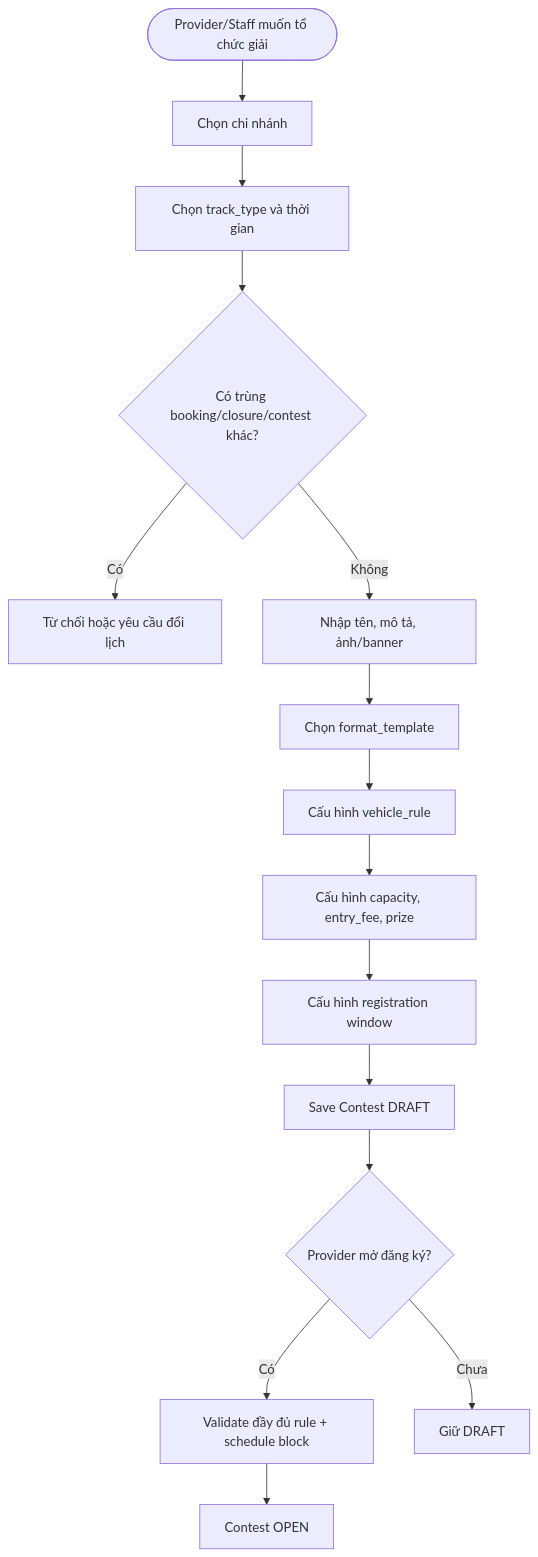
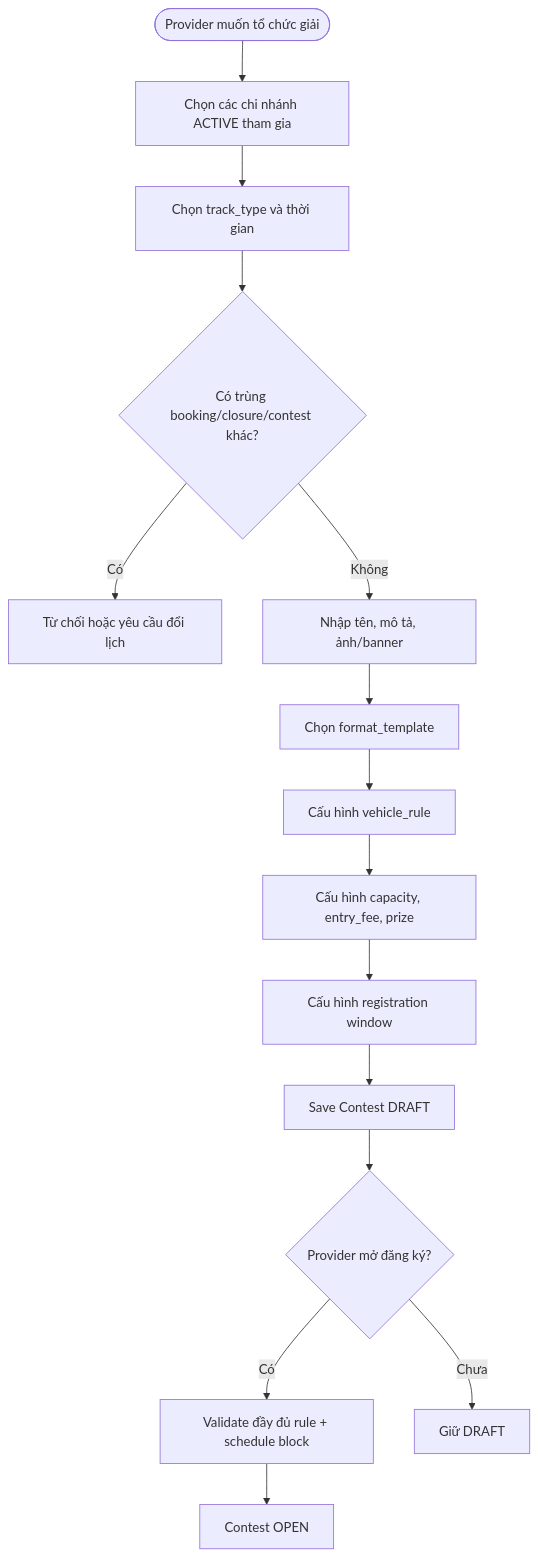
The first of 6 diagrams in docs/spec/business-rules/BR-contest.md (RCField-SEP490/rcfield-spec), drawn with Mermaid before and after one commit. The commit also changed other lines of this file and 6 other files, not shown here.

Commit message:
docs: update contest multi-branch flow

````diff
--- a/docs/spec/business-rules/BR-contest.md
+++ b/docs/spec/business-rules/BR-contest.md
@@ -297,17 +311,17 @@
 ```mermaid
 flowchart TD
-    A([Provider/Staff muốn tổ chức giải]) --> B[Chọn chi nhánh]
+    A([Provider muốn tổ chức giải]) --> B[Chọn các chi nhánh ACTIVE tham gia]
     B --> C[Chọn track_type và thời gian]
     C --> D{Có trùng booking/closure/contest khác?}
     D -->|Có| D1[Từ chối hoặc yêu cầu đổi lịch]
     D -->|Không| E[Nhập tên, mô tả, ảnh/banner]
     E --> F[Chọn format_template]
     F --> G[Cấu hình vehicle_rule]
     G --> H[Cấu hình capacity, entry_fee, prize]
     H --> I[Cấu hình registration window]
     I --> J[Save Contest DRAFT]
     J --> K{Provider mở đăng ký?}
     K -->|Có| L[Validate đầy đủ rule + schedule block]
     L --> M[Contest OPEN]
     K -->|Chưa| N[Giữ DRAFT]
 ```
````
